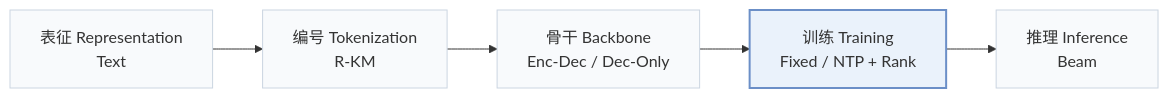
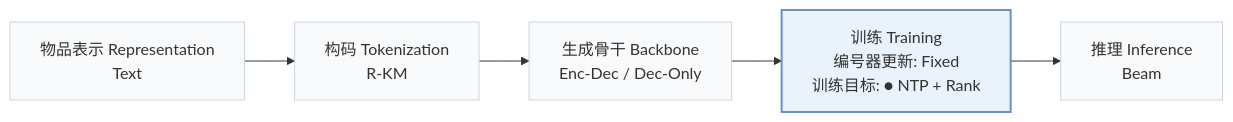
One commit to Galaxy-ghost/Awesome-SID-Generative-Rec changed the first of 2 diagrams in pages/zh/papers/apao.md. Above: the diagram before and after it, drawn with Mermaid. The commit also changed other lines of this file and 558 other files, not shown here.

````diff
--- a/pages/zh/papers/apao.md
+++ b/pages/zh/papers/apao.md
@@ -15,8 +18,8 @@
 ```mermaid
 flowchart LR
-    R["表征 Representation<br/>Text"] --> T["编号 Tokenization<br/>R-KM"] --> B["骨干 Backbone<br/>Enc-Dec / Dec-Only"] --> TR["训练 Training<br/>Fixed / NTP + Rank"] --> I["推理 Inference<br/>Beam"]
+    R["物品表示 Representation<br/>Text"] --> T["构码 Tokenization<br/>R-KM"] --> B["生成骨干 Backbone<br/>Enc-Dec / Dec-Only"] --> TR["训练 Training<br/>编号器更新: Fixed<br/>训练目标: ● NTP + Rank"] --> I["推理 Inference<br/>Beam"]
     classDef base fill:#f8fafc,stroke:#cbd5e1
     class R,T,B,TR,I base
     classDef main fill:#eaf2fb,stroke:#6b8fc7,stroke-width:2px
     class TR main
 ```
````
